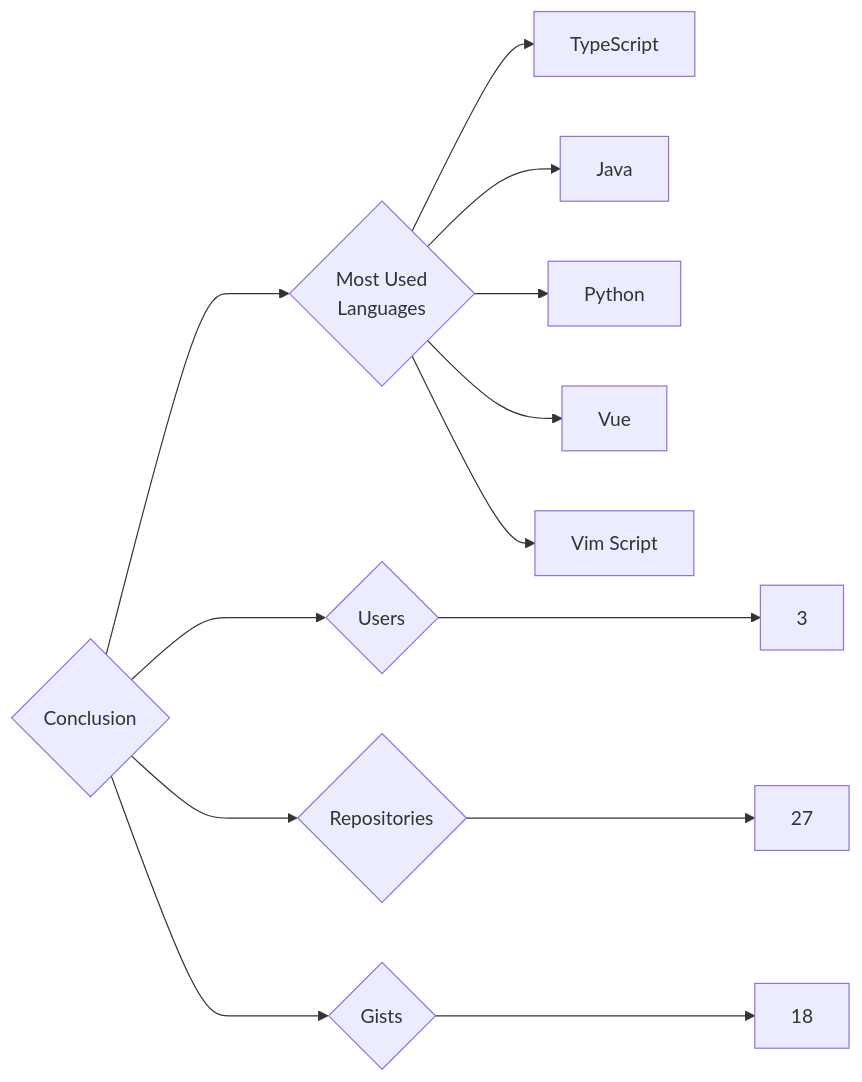
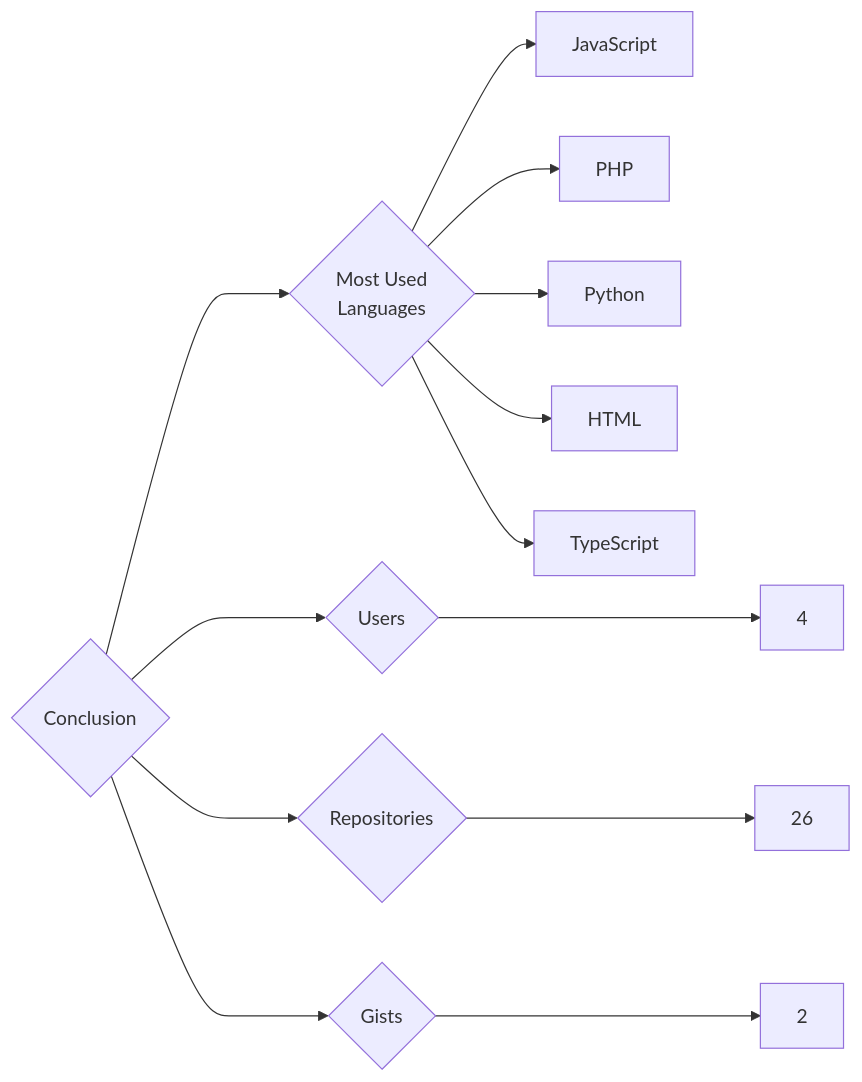
One commit to trickest/insiders changed the diagram in targets/Conclusion/README.md. Above: the diagram before and after it, drawn with Mermaid. The commit also changed 865 other files, not shown here.

````diff
--- a/targets/Conclusion/README.md
+++ b/targets/Conclusion/README.md
@@ -3,13 +3,13 @@
 ```mermaid
 graph LR
 COMPANY_NAME{Conclusion}
-COMPANY_NAME ---> U{Users} ---> UN[3]
-COMPANY_NAME ---> R{Repositories} ---> RN[27]
-COMPANY_NAME ---> G{Gists} ---> GN[18]
+COMPANY_NAME ---> U{Users} ---> UN[4]
+COMPANY_NAME ---> R{Repositories} ---> RN[26]
+COMPANY_NAME ---> G{Gists} ---> GN[2]
 COMPANY_NAME ---> ML{Most Used<br>Languages}
+ML --> JavaScript[JavaScript]
+ML --> PHP[PHP]
+ML --> Python[Python]
+ML --> HTML[HTML]
 ML --> TypeScript[TypeScript]
-ML --> Java[Java]
-ML --> Python[Python]
-ML --> Vue[Vue]
-ML --> Vim_Script[Vim Script]
 ```
````
